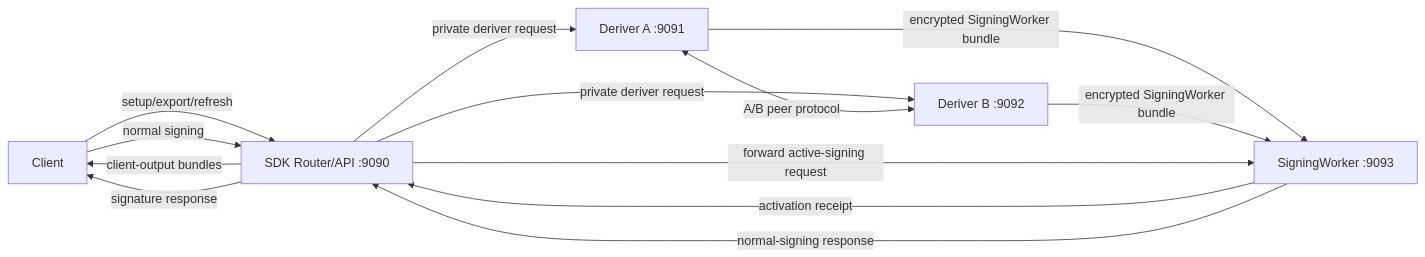
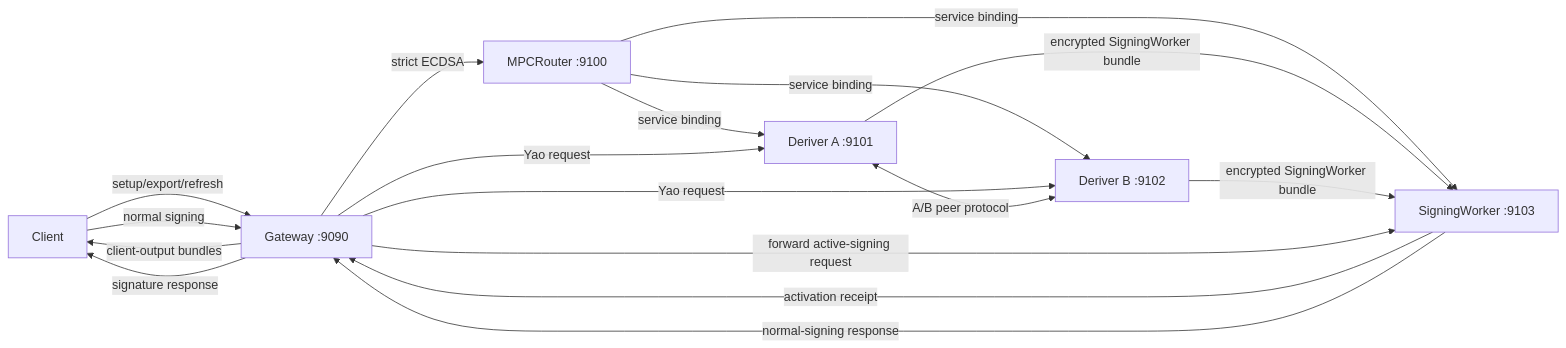
Before and after one commit to seams-tech/seams-sdk: the diagram in docs/router-a-b-local-dev.md, drawn with Mermaid. The commit also changed other lines of this file and 60 other files, not shown here.

Commit message:
feat(router-ab): mirror production worker topology locally

````diff
--- a/docs/router-a-b-local-dev.md
+++ b/docs/router-a-b-local-dev.md
@@ -49,22 +50,27 @@
 ```mermaid
 flowchart LR
   C["Client"]
-  R["SDK Router/API :9090"]
-  A["Deriver A :9091"]
-  B["Deriver B :9092"]
-  SW["SigningWorker :9093"]
+  R["Gateway :9090"]
+  RW["MPCRouter :9100"]
+  A["Deriver A :9101"]
+  B["Deriver B :9102"]
+  SW["SigningWorker :9103"]
 
   C -->|"setup/export/refresh"| R
-  R -->|"private deriver request"| A
-  R -->|"private deriver request"| B
+  R -->|"strict ECDSA"| RW
+  RW -->|"service binding"| A
+  RW -->|"service binding"| B
+  RW -->|"service binding"| SW
+  R -->|"Yao request"| A
+  R -->|"Yao request"| B
   A <-->|"A/B peer protocol"| B
   A -->|"encrypted SigningWorker bundle"| SW
   B -->|"encrypted SigningWorker bundle"| SW
   SW -->|"activation receipt"| R
   R -->|"client-output bundles"| C
 
   C -->|"normal signing"| R
   R -->|"forward active-signing request"| SW
   SW -->|"normal-signing response"| R
   R -->|"signature response"| C
 ```
````
